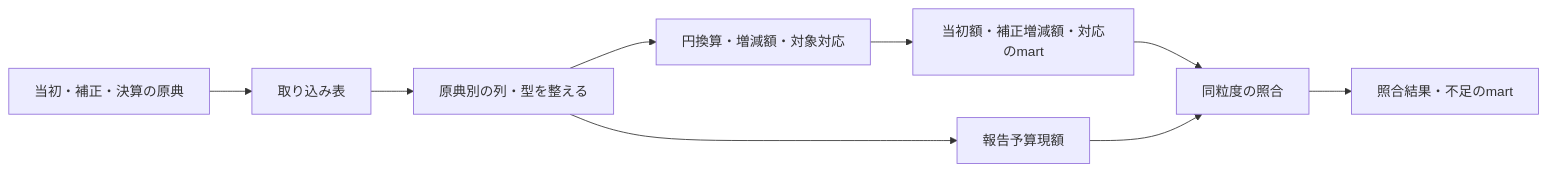
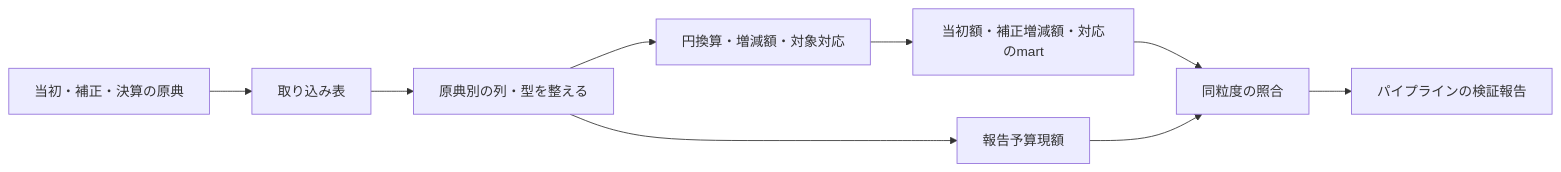
The diagram in docs/prd/fiscal-budget-history/design-doc.md (wwwyo/fudoki), drawn with Mermaid before and after one commit. The commit also changed other lines of this file and 1 other file, not shown here.

````diff
--- a/docs/prd/fiscal-budget-history/design-doc.md
+++ b/docs/prd/fiscal-budget-history/design-doc.md
@@ -18,11 +18,11 @@
 ```mermaid
 flowchart LR
     origin[当初・補正・決算の原典] --> raw[取り込み表]
     raw --> staging[原典別の列・型を整える]
     staging --> middle[円換算・増減額・対象対応]
     middle --> marts[当初額・補正増減額・対応のmart]
     staging --> reported[報告予算現額]
     marts --> check[同粒度の照合]
     reported --> check
-    check --> result[照合結果・不足のmart]
+    check --> result[パイプラインの検証報告]
 ```
````
